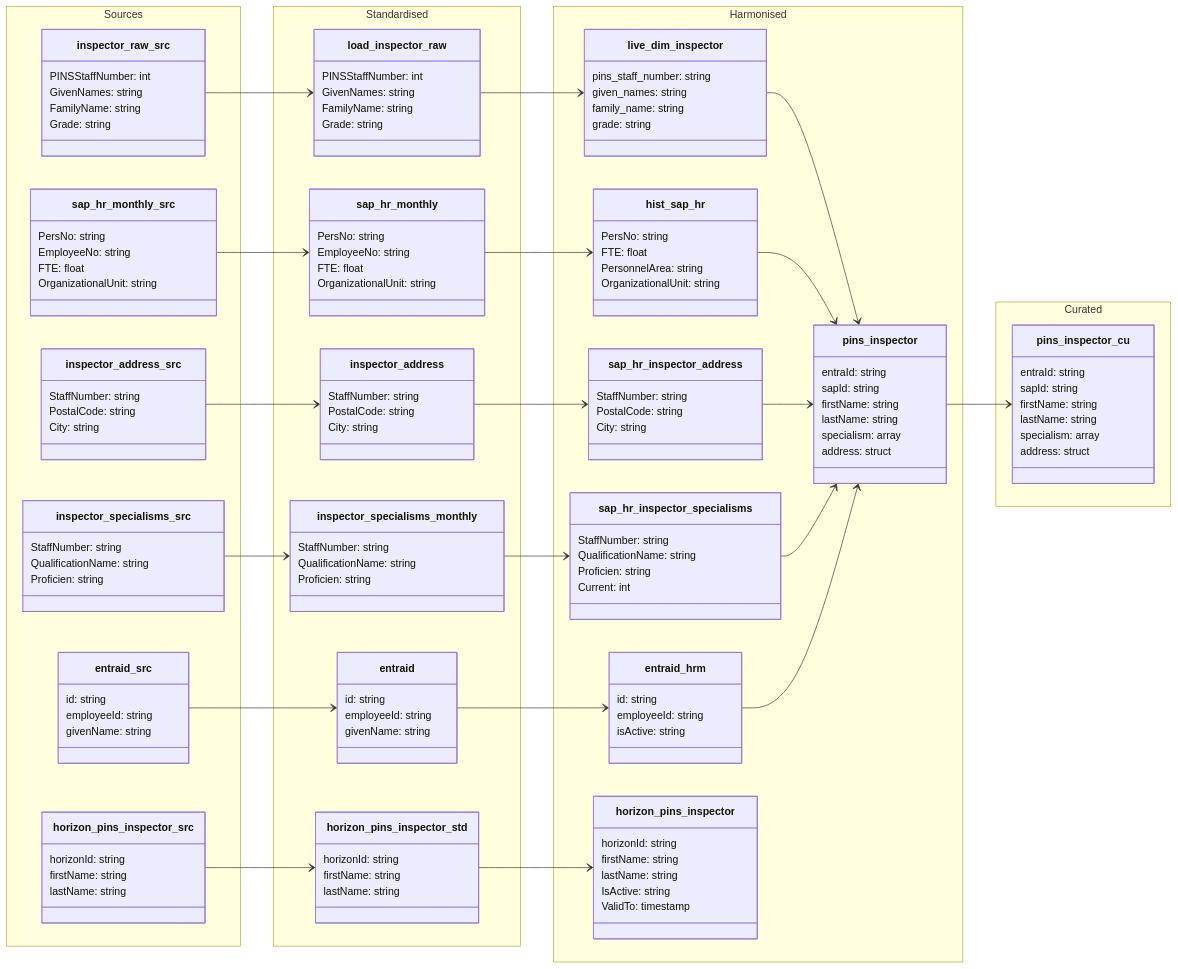
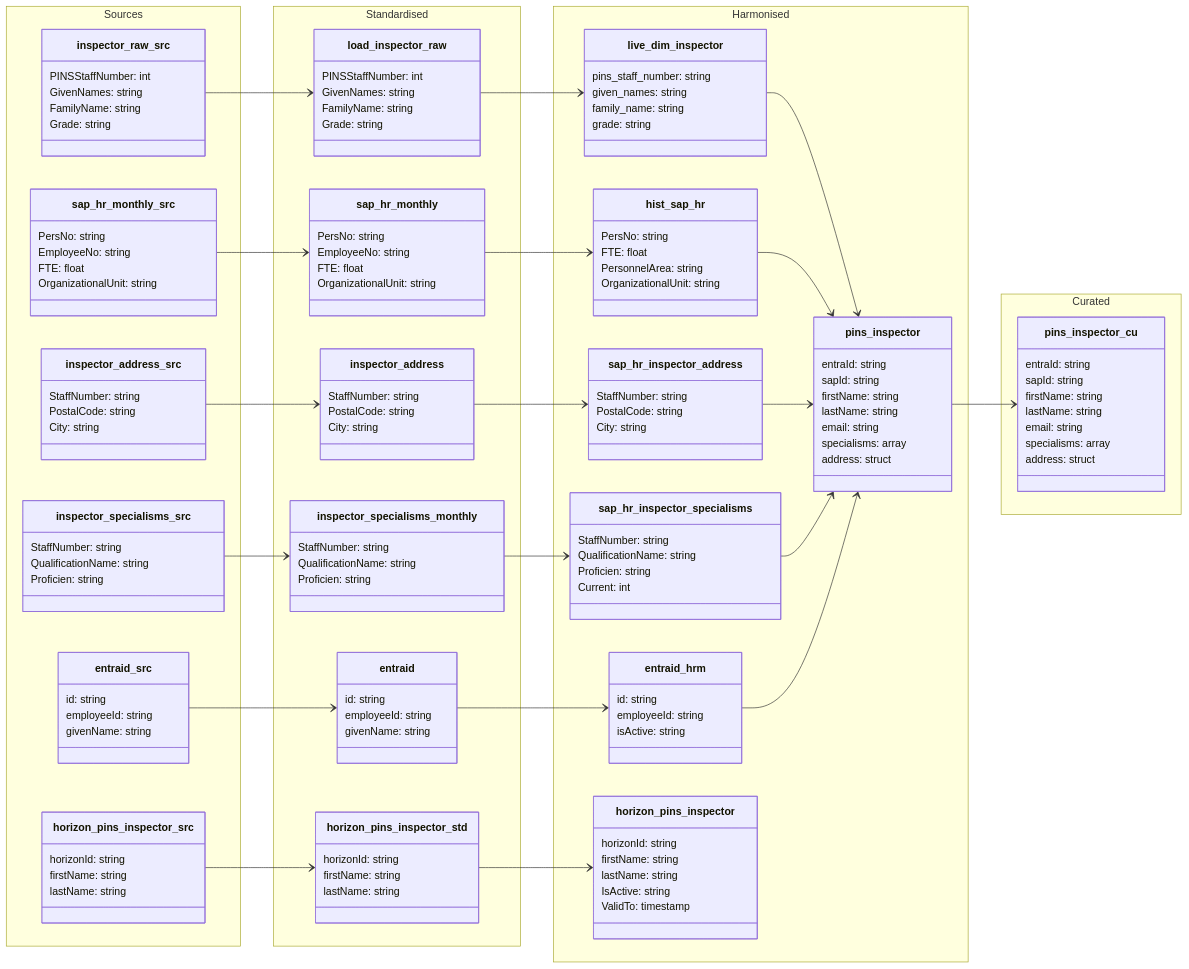
Before and after one commit to Planning-Inspectorate/odw-synapse-workspace: the diagram in data-models/pins-inspector.md, drawn with Mermaid. The commit also changed 6 other files, not shown here.

```diff
--- a/data-models/pins-inspector.md
+++ b/data-models/pins-inspector.md
@@ -134,7 +134,8 @@
             sapId: string
             firstName: string
             lastName: string
-            specialism: array
+            email: string
+            specialisms: array
             address: struct
         }
 
@@ -154,7 +155,8 @@
             sapId: string
             firstName: string
             lastName: string
-            specialism: array
+            email: string
+            specialisms: array
             address: struct
         }
     }
```
